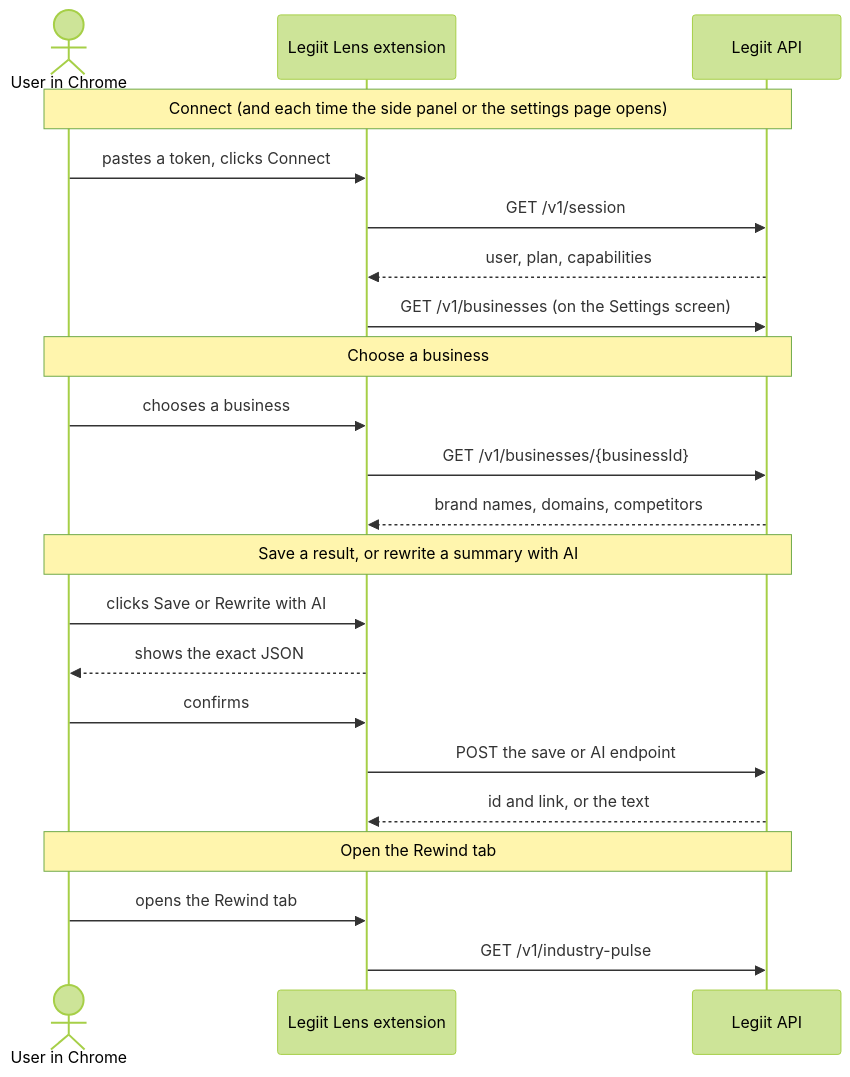
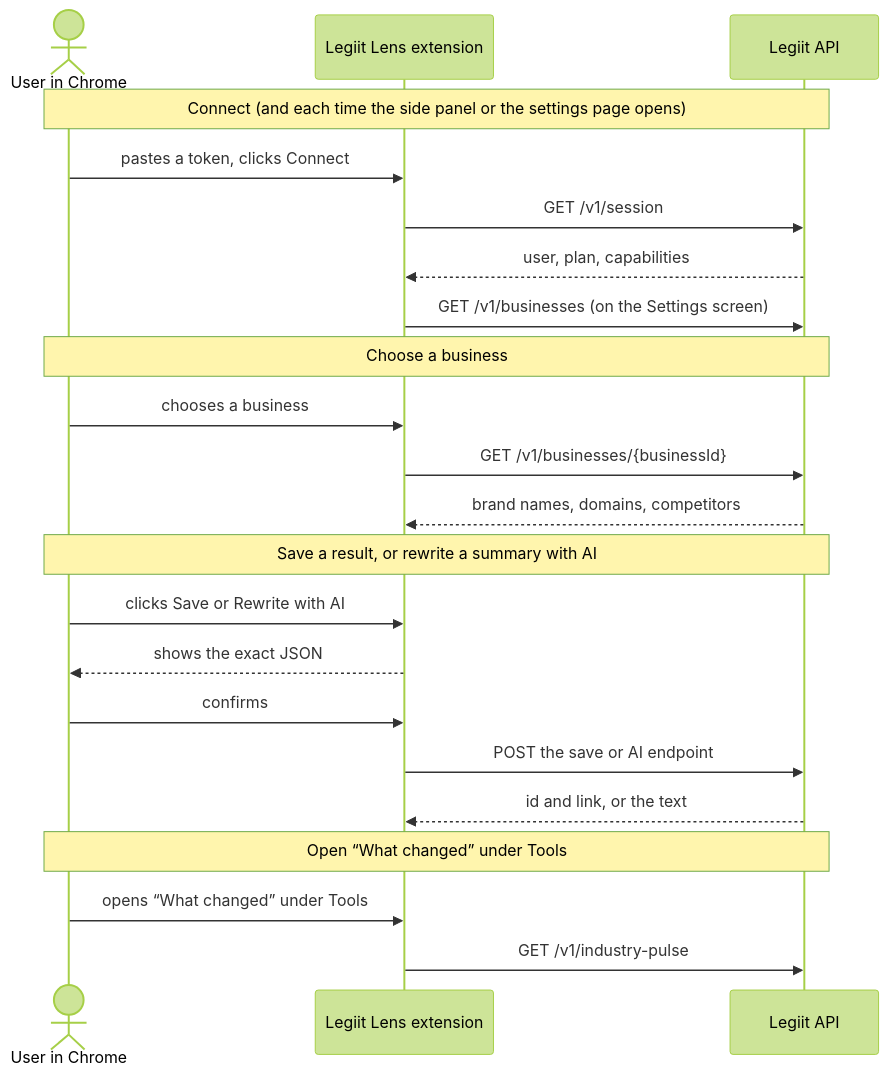
One commit to parallax1978/legiit-chrome-extension changed the diagram in docs/legiit-api/README.md. Above: the diagram before and after it, drawn with Mermaid (forest theme). The commit also changed other lines of this file and 55 other files, not shown here.

````diff
--- a/docs/legiit-api/README.md
+++ b/docs/legiit-api/README.md
@@ -137,24 +137,24 @@
 ```mermaid
 sequenceDiagram
     actor U as User in Chrome
     participant E as Legiit Lens extension
     participant A as Legiit API
     Note over U,A: Connect (and each time the side panel or the settings page opens)
     U->>E: pastes a token, clicks Connect
     E->>A: GET /v1/session
     A-->>E: user, plan, capabilities
     E->>A: GET /v1/businesses (on the Settings screen)
     Note over U,A: Choose a business
     U->>E: chooses a business
     E->>A: GET /v1/businesses/{businessId}
     A-->>E: brand names, domains, competitors
     Note over U,A: Save a result, or rewrite a summary with AI
     U->>E: clicks Save or Rewrite with AI
     E-->>U: shows the exact JSON
     U->>E: confirms
     E->>A: POST the save or AI endpoint
     A-->>E: id and link, or the text
-    Note over U,A: Open the Rewind tab
-    U->>E: opens the Rewind tab
+    Note over U,A: Open “What changed” under Tools
+    U->>E: opens “What changed” under Tools
     E->>A: GET /v1/industry-pulse
 ```
````
